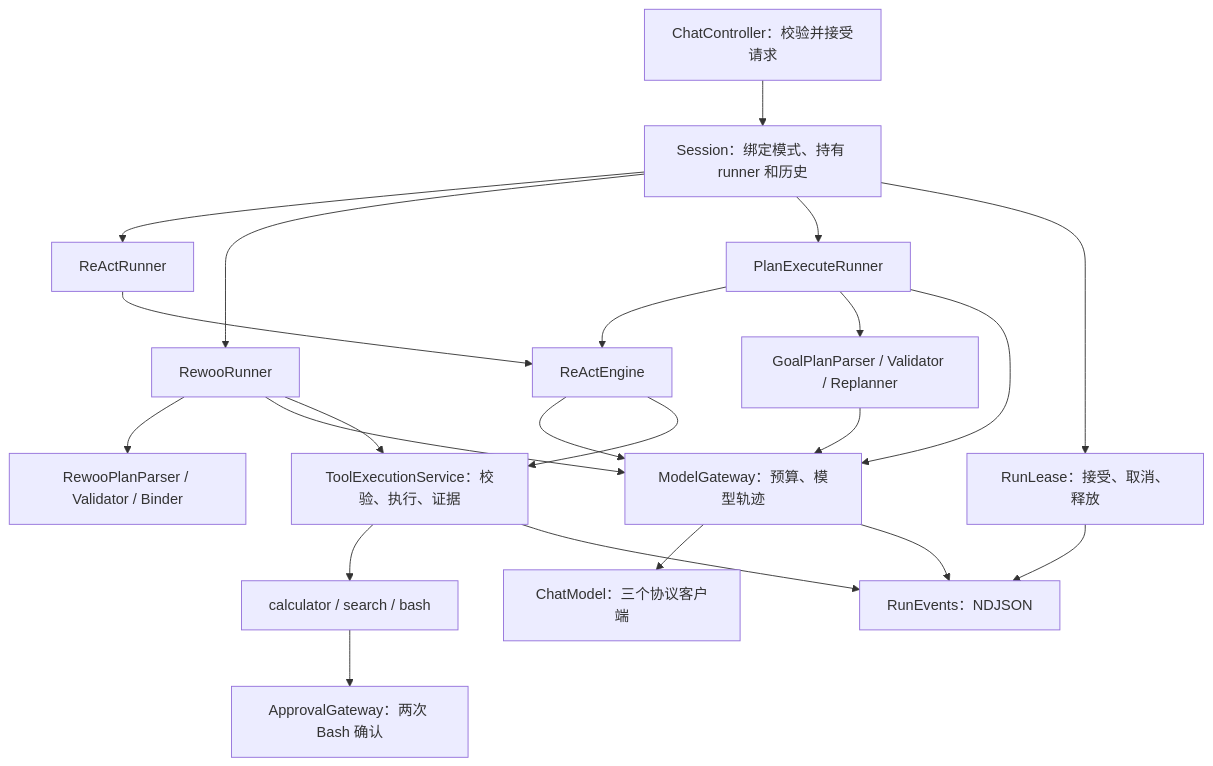
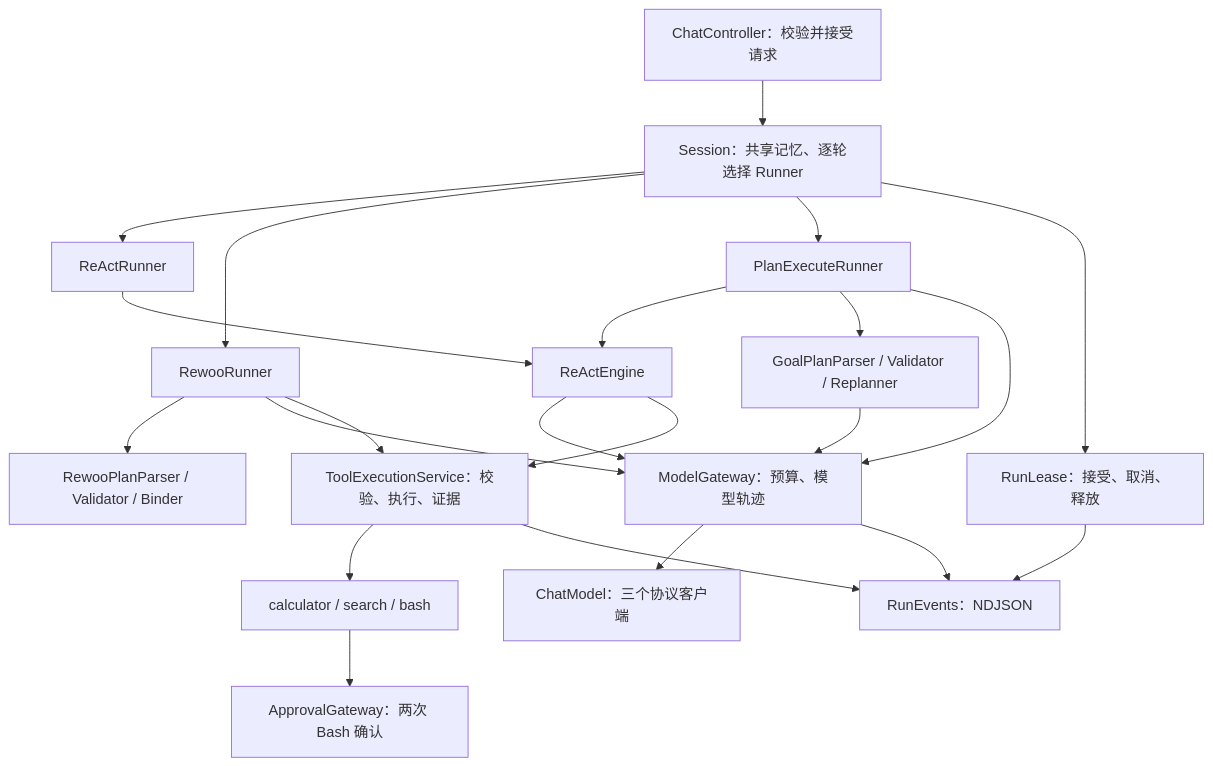
The first of 3 diagrams in learning-artifacts/agent-loop/docs/design/agent-execution-technical-design.md (GLBB/ai-engineering-from-scratch), drawn with Mermaid before and after one commit. The commit also changed other lines of this file and 75 other files, not shown here.

````diff
--- a/learning-artifacts/agent-loop/docs/design/agent-execution-technical-design.md
+++ b/learning-artifacts/agent-loop/docs/design/agent-execution-technical-design.md
@@ -57,24 +57,24 @@
 ```mermaid
 flowchart TD
-    C[ChatController：校验并接受请求] --> S[Session：绑定模式、持有 runner 和历史]
+    C[ChatController：校验并接受请求] --> S[Session：共享记忆、逐轮选择 Runner]
     S --> A[ReActRunner]
     S --> R[RewooRunner]
     S --> P[PlanExecuteRunner]
     A --> E[ReActEngine]
     P --> E
     R --> V[RewooPlanParser / Validator / Binder]
     P --> G[GoalPlanParser / Validator / Replanner]
     E --> M[ModelGateway：预算、模型轨迹]
     R --> M
     G --> M
     P --> M
     E --> T[ToolExecutionService：校验、执行、证据]
     R --> T
     M --> D[ChatModel：三个协议客户端]
     T --> U[calculator / search / bash]
     U --> B[ApprovalGateway：两次 Bash 确认]
     S --> L[RunLease：接受、取消、释放]
     M --> O[RunEvents：NDJSON]
     T --> O
     L --> O
 ```
````
